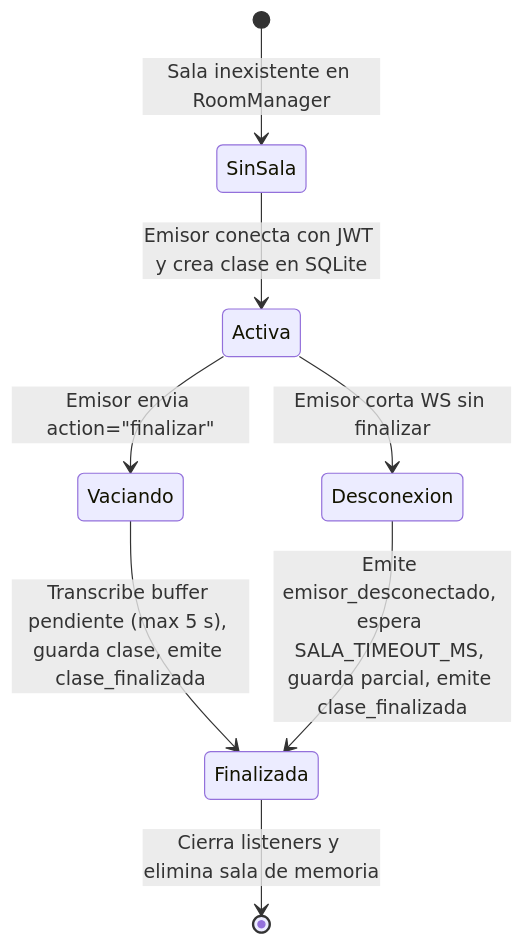
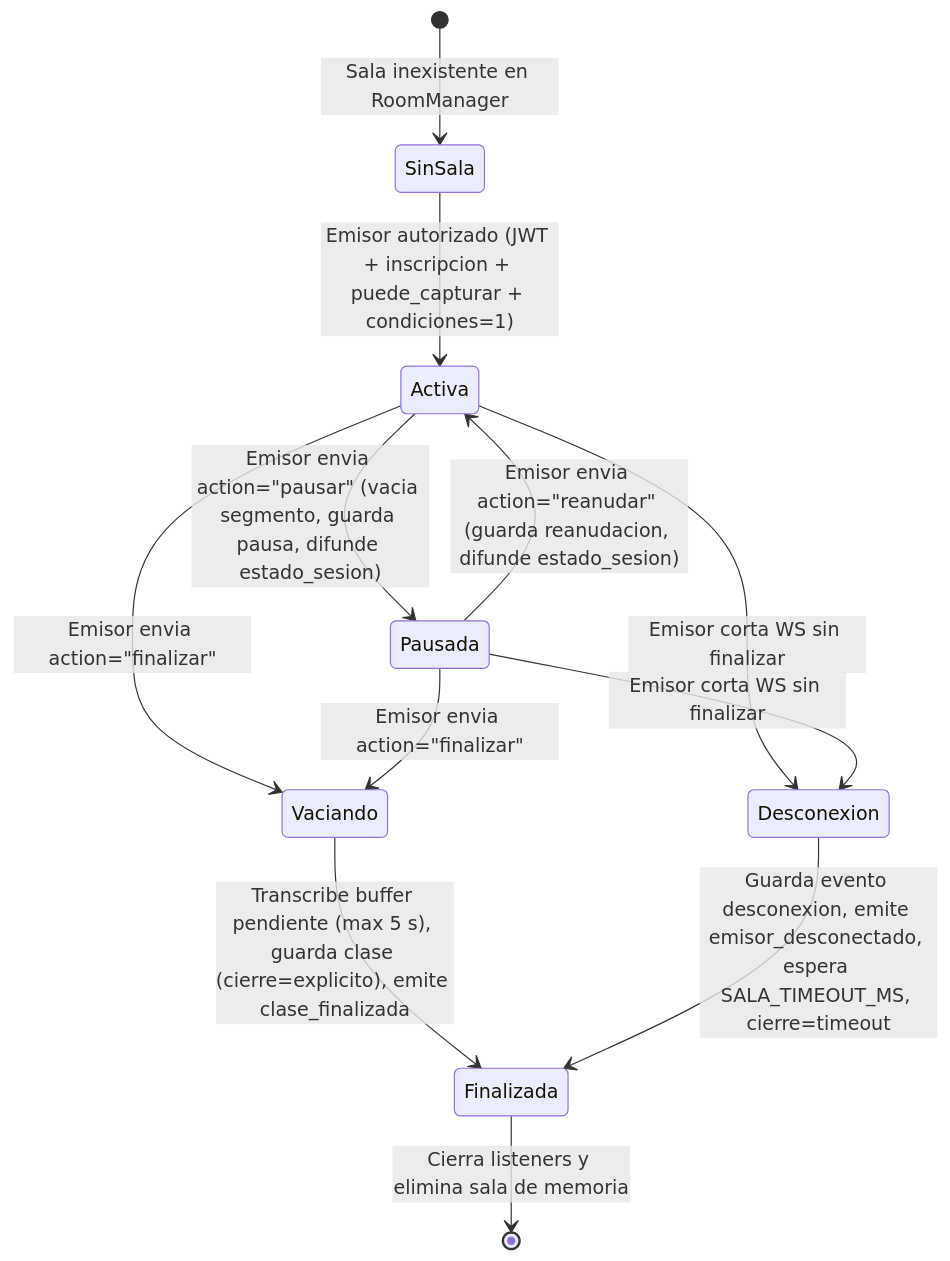
Before and after one commit to AlanVGI-UBB/PT-base: the second of 2 diagrams in docs/documentacion_prototipo_defensa.md, drawn with Mermaid. The commit also changed other lines of this file and 1 other file, not shown here.

Commit message:
Docs: sincronizar completamente documentacion_prototipo_defensa.md con SPEC-009 y E2E

````diff
--- a/docs/documentacion_prototipo_defensa.md
+++ b/docs/documentacion_prototipo_defensa.md
@@ -58,10 +58,14 @@
 ```mermaid
 stateDiagram-v2
     [*] --> SinSala: Sala inexistente en RoomManager
-    SinSala --> Activa: Emisor conecta con JWT y crea clase en SQLite
+    SinSala --> Activa: Emisor autorizado (JWT + inscripcion + puede_capturar + condiciones=1)
+    Activa --> Pausada: Emisor envia action="pausar" (vacia segmento, guarda pausa, difunde estado_sesion)
+    Pausada --> Activa: Emisor envia action="reanudar" (guarda reanudacion, difunde estado_sesion)
     Activa --> Vaciando: Emisor envia action="finalizar"
-    Vaciando --> Finalizada: Transcribe buffer pendiente (max 5 s), guarda clase, emite clase_finalizada
+    Pausada --> Vaciando: Emisor envia action="finalizar"
+    Vaciando --> Finalizada: Transcribe buffer pendiente (max 5 s), guarda clase (cierre=explicito), emite clase_finalizada
     Activa --> Desconexion: Emisor corta WS sin finalizar
-    Desconexion --> Finalizada: Emite emisor_desconectado, espera SALA_TIMEOUT_MS, guarda parcial, emite clase_finalizada
+    Pausada --> Desconexion: Emisor corta WS sin finalizar
+    Desconexion --> Finalizada: Guarda evento desconexion, emite emisor_desconectado, espera SALA_TIMEOUT_MS, cierre=timeout
     Finalizada --> [*]: Cierra listeners y elimina sala de memoria
 ```
````
